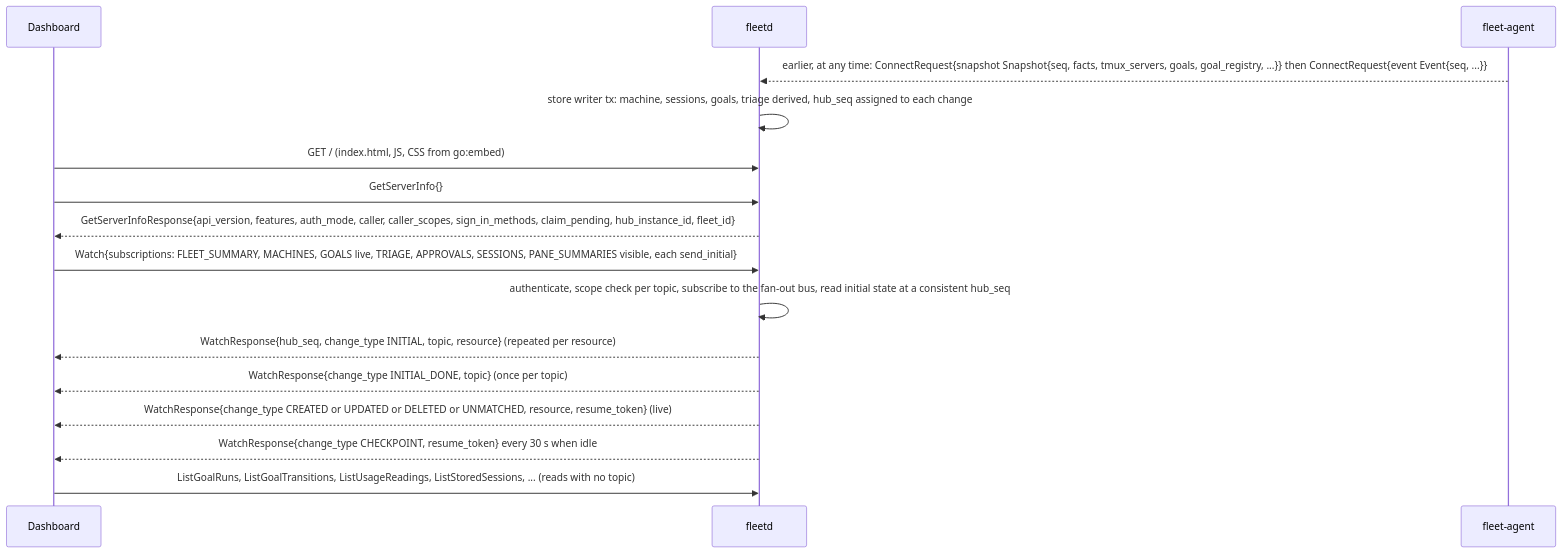
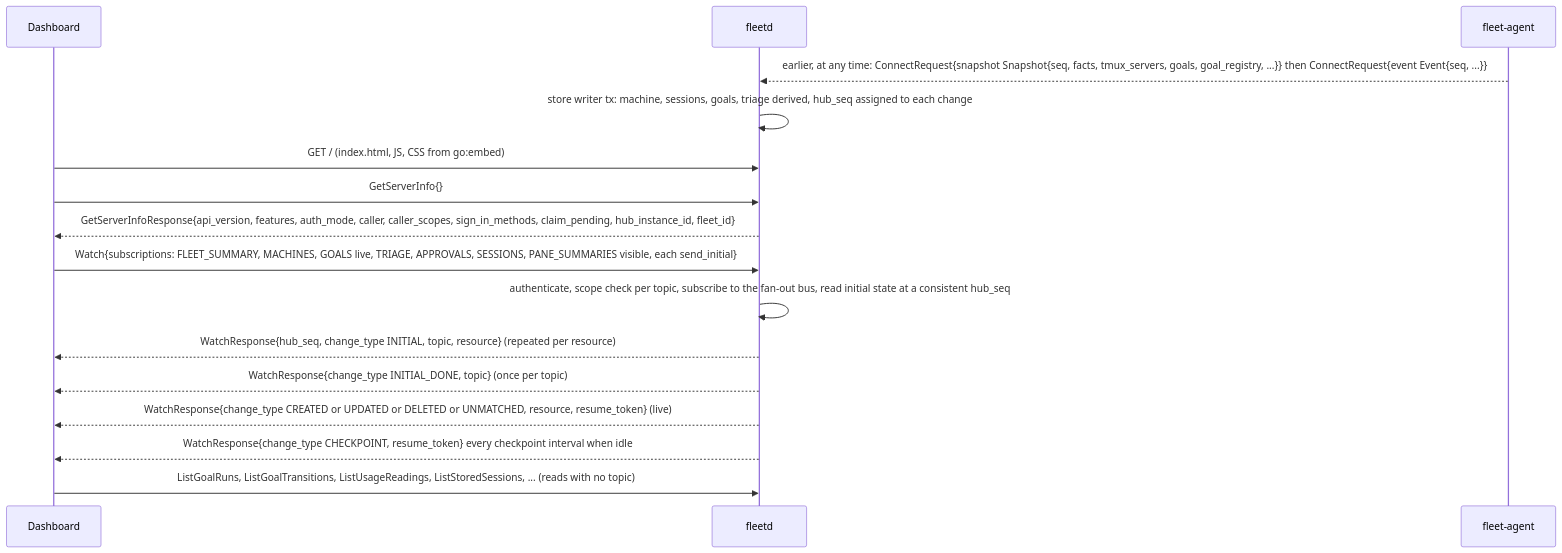
Before and after one commit to linuxdynasty/fleet-board: the first of 2 diagrams in docs/specs/02c-hub-watch-and-filters.md, drawn with Mermaid. The commit also changed other lines of this file and 17 other files, not shown here.

First line of the commit message:
docs(specs): move the five flow diagrams that no spec had, defaults rows for the rest, 01c citations to verified-facts

````diff
--- a/docs/specs/02c-hub-watch-and-filters.md
+++ b/docs/specs/02c-hub-watch-and-filters.md
@@ -54,18 +54,18 @@
 ```mermaid
 sequenceDiagram
   participant D as Dashboard
   participant H as fleetd
   participant A as fleet-agent
   A-->>H: earlier, at any time: ConnectRequest{snapshot Snapshot{seq, facts, tmux_servers, goals, goal_registry, ...}} then ConnectRequest{event Event{seq, ...}}
   H->>H: store writer tx: machine, sessions, goals, triage derived, hub_seq assigned to each change
   D->>H: GET / (index.html, JS, CSS from go:embed)
   D->>H: GetServerInfo{}
   H-->>D: GetServerInfoResponse{api_version, features, auth_mode, caller, caller_scopes, sign_in_methods, claim_pending, hub_instance_id, fleet_id}
   D->>H: Watch{subscriptions: FLEET_SUMMARY, MACHINES, GOALS live, TRIAGE, APPROVALS, SESSIONS, PANE_SUMMARIES visible, each send_initial}
   H->>H: authenticate, scope check per topic, subscribe to the fan-out bus, read initial state at a consistent hub_seq
   H-->>D: WatchResponse{hub_seq, change_type INITIAL, topic, resource} (repeated per resource)
   H-->>D: WatchResponse{change_type INITIAL_DONE, topic} (once per topic)
   H-->>D: WatchResponse{change_type CREATED or UPDATED or DELETED or UNMATCHED, resource, resume_token} (live)
-  H-->>D: WatchResponse{change_type CHECKPOINT, resume_token} every 30 s when idle
+  H-->>D: WatchResponse{change_type CHECKPOINT, resume_token} every checkpoint interval when idle
   D->>H: ListGoalRuns, ListGoalTransitions, ListUsageReadings, ListStoredSessions, ... (reads with no topic)
 ```
````
